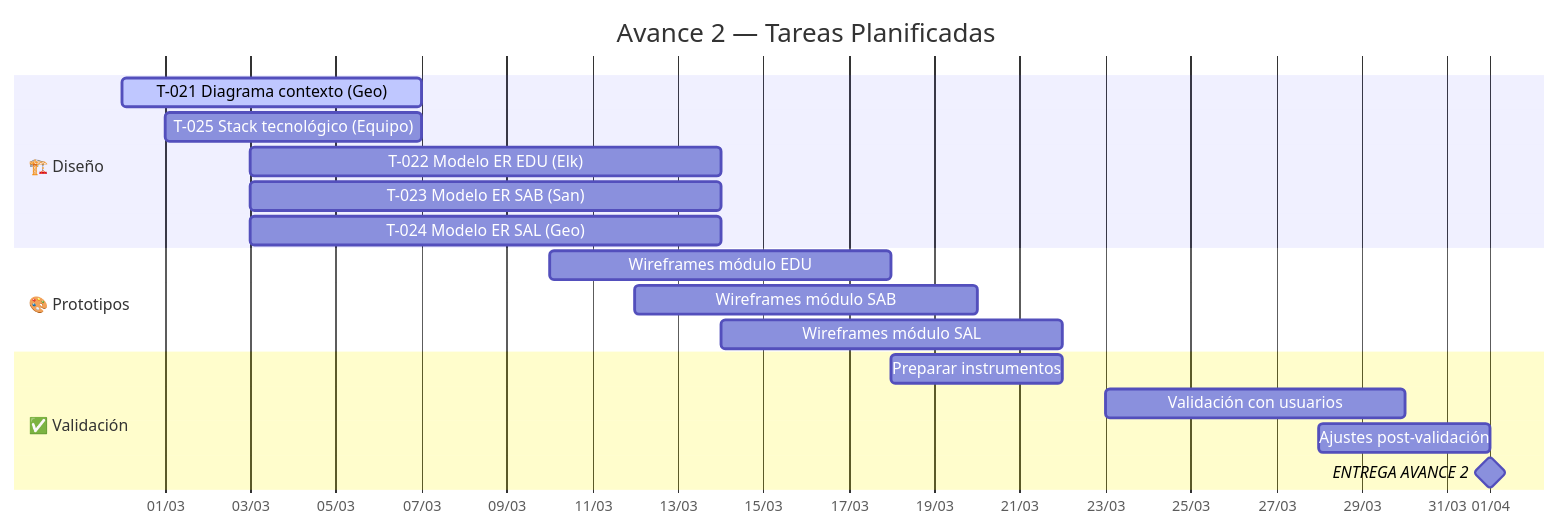
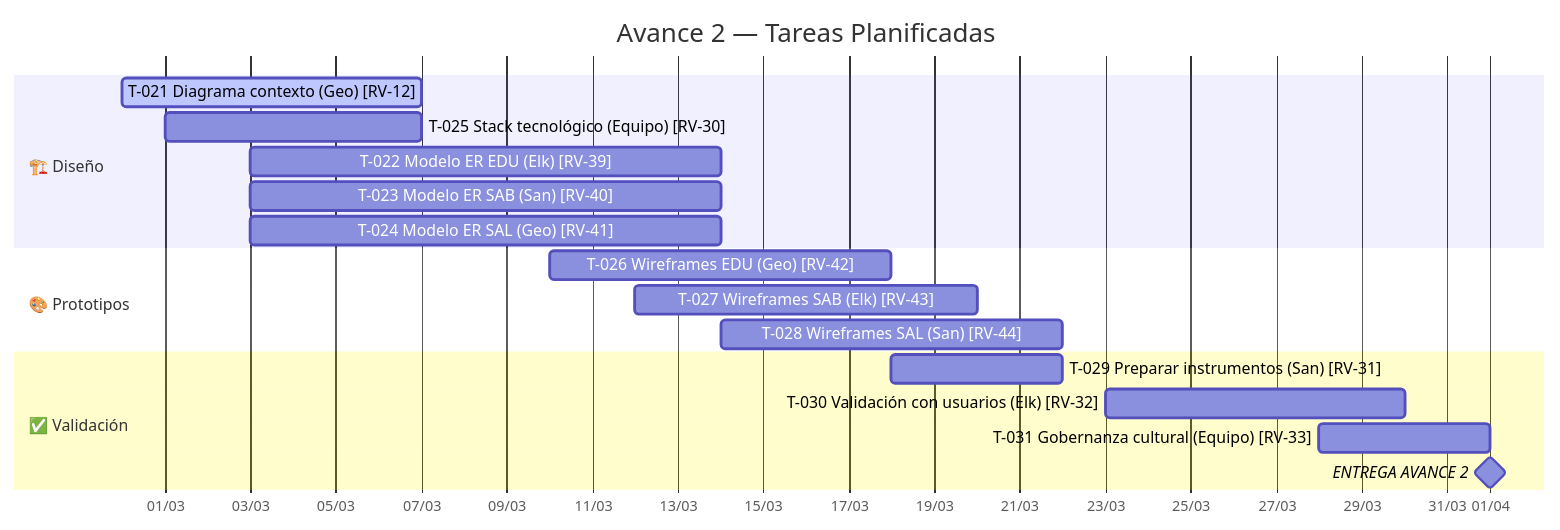
Before and after one commit to yonrasgg/RAICES_VIVAS: the third of 3 diagrams in 00-Dashboard/Roadmap.md, drawn with Mermaid. The commit also changed other lines of this file and 40 other files, not shown here.

````diff
--- a/00-Dashboard/Roadmap.md
+++ b/00-Dashboard/Roadmap.md
@@ -93,25 +93,25 @@
 ```mermaid
 gantt
     title Avance 2 — Tareas Planificadas
     dateFormat YYYY-MM-DD
     axisFormat %d/%m
     todayMarker stroke-width:3px,stroke:#f66,opacity:0.8
 
     section 🏗️ Diseño
-    T-021 Diagrama contexto (Geo)      :active, t21, 2026-02-28, 2026-03-07
-    T-025 Stack tecnológico (Equipo)   :        t25, 2026-03-01, 2026-03-07
-    T-022 Modelo ER EDU (Elk)          :        t22, 2026-03-03, 2026-03-14
-    T-023 Modelo ER SAB (San)          :        t23, 2026-03-03, 2026-03-14
-    T-024 Modelo ER SAL (Geo)          :        t24, 2026-03-03, 2026-03-14
+    T-021 Diagrama contexto (Geo) [RV-12]  :active, t21, 2026-02-28, 2026-03-07
+    T-025 Stack tecnológico (Equipo) [RV-30]:        t25, 2026-03-01, 2026-03-07
+    T-022 Modelo ER EDU (Elk) [RV-39]      :        t22, 2026-03-03, 2026-03-14
+    T-023 Modelo ER SAB (San) [RV-40]      :        t23, 2026-03-03, 2026-03-14
+    T-024 Modelo ER SAL (Geo) [RV-41]      :        t24, 2026-03-03, 2026-03-14
 
     section 🎨 Prototipos
-    Wireframes módulo EDU              :        p1, 2026-03-10, 2026-03-18
-    Wireframes módulo SAB              :        p2, 2026-03-12, 2026-03-20
-    Wireframes módulo SAL              :        p3, 2026-03-14, 2026-03-22
+    T-026 Wireframes EDU (Geo) [RV-42]     :        p1, 2026-03-10, 2026-03-18
+    T-027 Wireframes SAB (Elk) [RV-43]     :        p2, 2026-03-12, 2026-03-20
+    T-028 Wireframes SAL (San) [RV-44]     :        p3, 2026-03-14, 2026-03-22
 
     section ✅ Validación
-    Preparar instrumentos              :        v1, 2026-03-18, 2026-03-22
-    Validación con usuarios            :        v2, 2026-03-23, 2026-03-30
-    Ajustes post-validación            :        v3, 2026-03-28, 2026-04-01
+    T-029 Preparar instrumentos (San) [RV-31]:       v1, 2026-03-18, 2026-03-22
+    T-030 Validación con usuarios (Elk) [RV-32]:     v2, 2026-03-23, 2026-03-30
+    T-031 Gobernanza cultural (Equipo) [RV-33]:      v3, 2026-03-28, 2026-04-01
     ENTREGA AVANCE 2                   :milestone, m2, 2026-04-01, 0d
 ```
````
